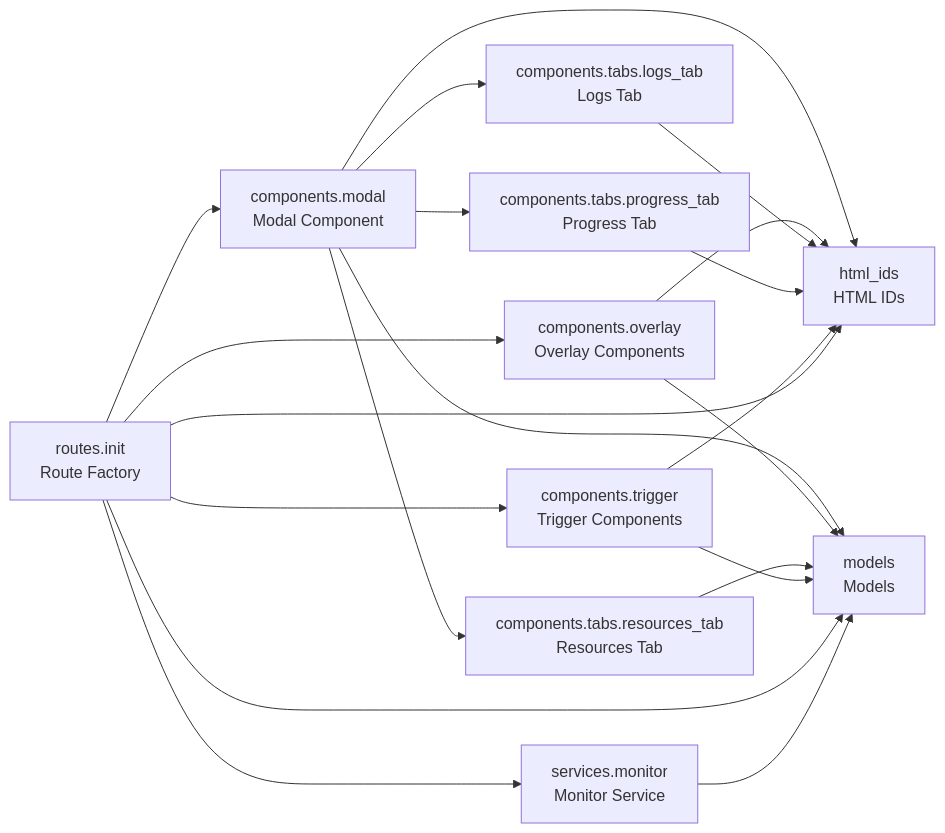
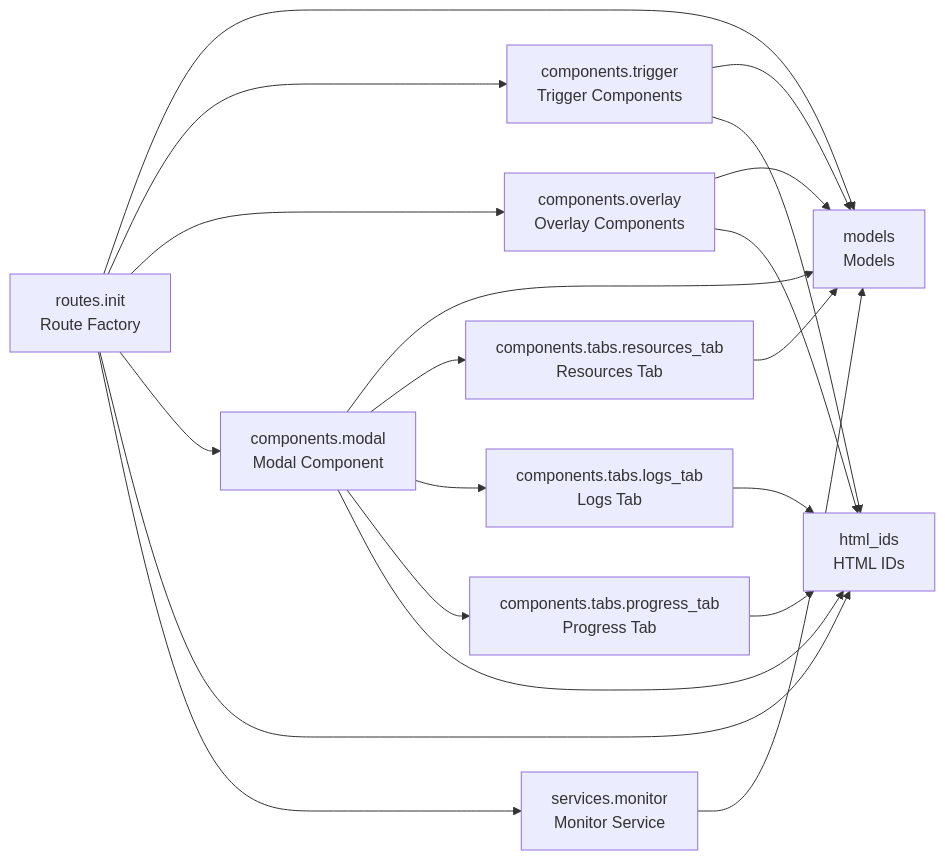
The diagram in README.md (cj-mills/cjm-fasthtml-job-monitor), drawn with Mermaid before and after one commit. The commit also changed other lines of this file and 5 other files, not shown here.

Commit message:
Add job sequence mode for sequential multi-source execution with per-source progress tracking and aggregate completion callbacks.

````diff
--- a/README.md
+++ b/README.md
@@ -34,33 +34,33 @@
 ``` mermaid
 graph LR
     components_modal[components.modal<br/>Modal Component]
     components_overlay[components.overlay<br/>Overlay Components]
     components_tabs_logs_tab[components.tabs.logs_tab<br/>Logs Tab]
     components_tabs_progress_tab[components.tabs.progress_tab<br/>Progress Tab]
     components_tabs_resources_tab[components.tabs.resources_tab<br/>Resources Tab]
     components_trigger[components.trigger<br/>Trigger Components]
     html_ids[html_ids<br/>HTML IDs]
     models[models<br/>Models]
     routes_init[routes.init<br/>Route Factory]
     services_monitor[services.monitor<br/>Monitor Service]
 
     components_modal --> models
-    components_modal --> html_ids
+    components_modal --> components_tabs_resources_tab
     components_modal --> components_tabs_logs_tab
     components_modal --> components_tabs_progress_tab
-    components_modal --> components_tabs_resources_tab
+    components_modal --> html_ids
+    components_overlay --> models
     components_overlay --> html_ids
-    components_overlay --> models
     components_tabs_logs_tab --> html_ids
     components_tabs_progress_tab --> html_ids
     components_tabs_resources_tab --> models
+    components_trigger --> models
     components_trigger --> html_ids
-    components_trigger --> models
+    routes_init --> models
+    routes_init --> components_trigger
     routes_init --> components_overlay
-    routes_init --> models
-    routes_init --> services_monitor
     routes_init --> components_modal
     routes_init --> html_ids
-    routes_init --> components_trigger
+    routes_init --> services_monitor
     services_monitor --> models
 ```
````
